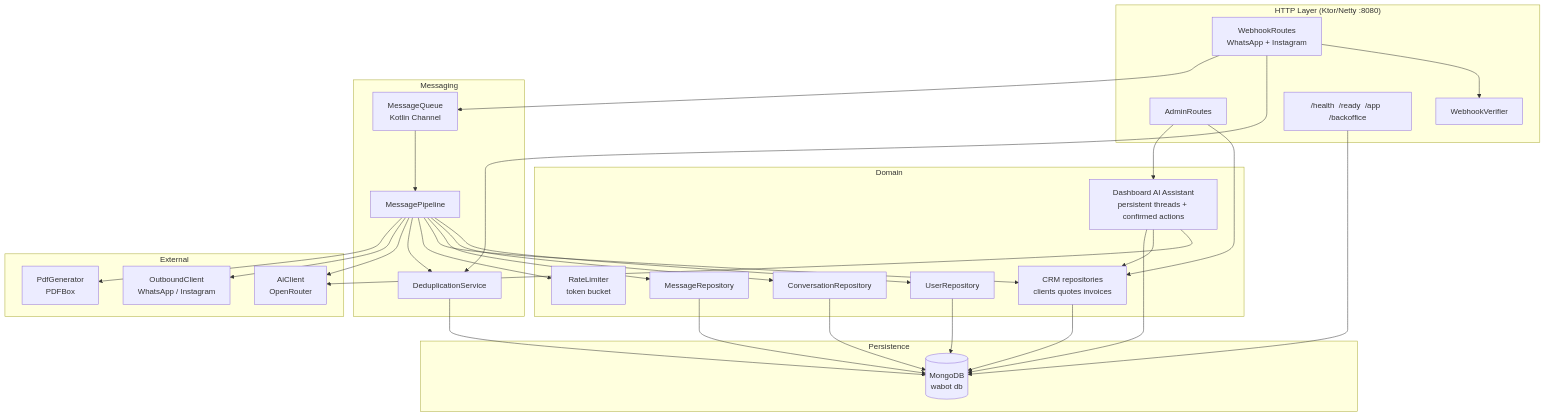
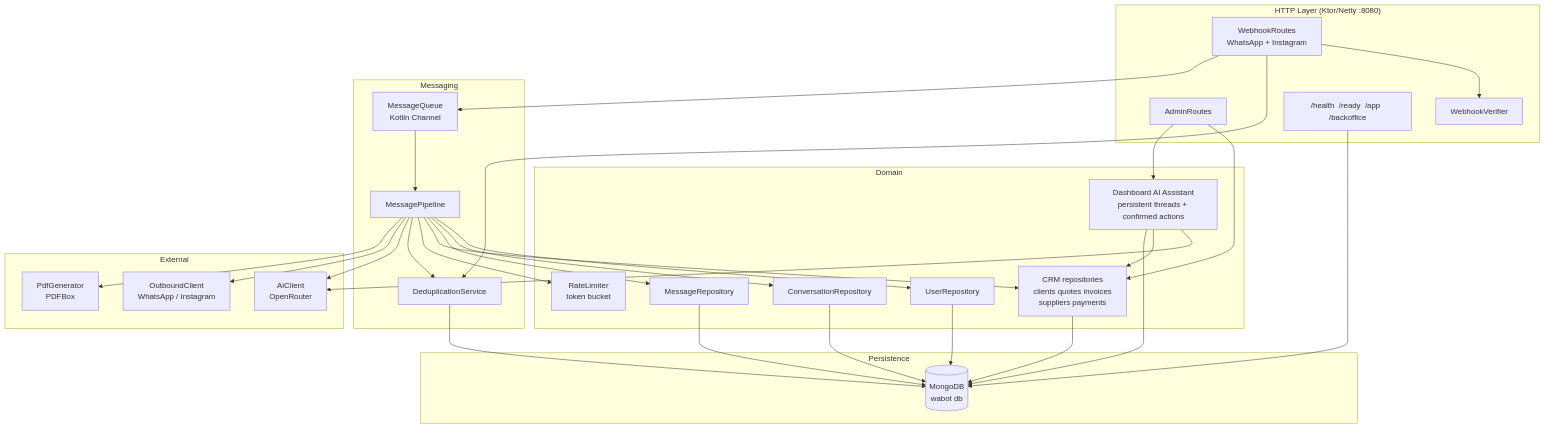
The second of 2 diagrams in docs/architecture.md (rfm-9300/rfm-edubot), drawn with Mermaid before and after one commit. The commit also changed other lines of this file and 25 other files, not shown here.

````diff
--- a/docs/architecture.md
+++ b/docs/architecture.md
@@ -53,48 +53,48 @@
 ```mermaid
 graph TD
     subgraph HTTP["HTTP Layer (Ktor/Netty :8080)"]
         WR[WebhookRoutes<br/>WhatsApp + Instagram]
         AR[AdminRoutes]
         WV[WebhookVerifier]
         Health["/health  /ready  /app  /backoffice"]
     end
 
     subgraph Messaging
         MQ[MessageQueue<br/>Kotlin Channel]
         MP[MessagePipeline]
         DS[DeduplicationService]
     end
 
     subgraph Domain
         UR[UserRepository]
         CR[ConversationRepository]
         MR[MessageRepository]
-        CRM[CRM repositories<br/>clients quotes invoices]
+        CRM[CRM repositories<br/>clients quotes invoices<br/>suppliers payments]
         RL[RateLimiter<br/>token bucket]
         DA[Dashboard AI Assistant<br/>persistent threads + confirmed actions]
     end
 
     subgraph External
         AI[AiClient<br/>OpenRouter]
         OC[OutboundClient<br/>WhatsApp / Instagram]
         PDF[PdfGenerator<br/>PDFBox]
     end
 
     subgraph Persistence
         Mongo[(MongoDB<br/>wabot db)]
     end
 
     WR --> WV
     WR --> DS
     WR --> MQ
     MQ --> MP
     MP --> UR & CR & MR & CRM & RL & DS
     MP --> AI
     MP --> OC
     MP --> PDF
     AR --> CRM
     AR --> DA
     DA --> AI & CRM & Mongo
     UR & CR & MR & CRM & DS --> Mongo
     Health --> Mongo
 ```
````
